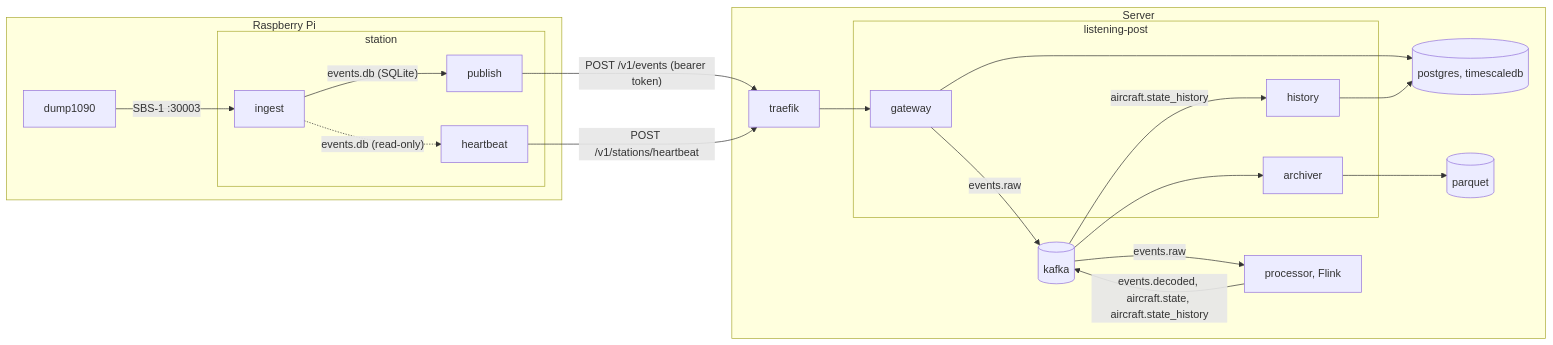
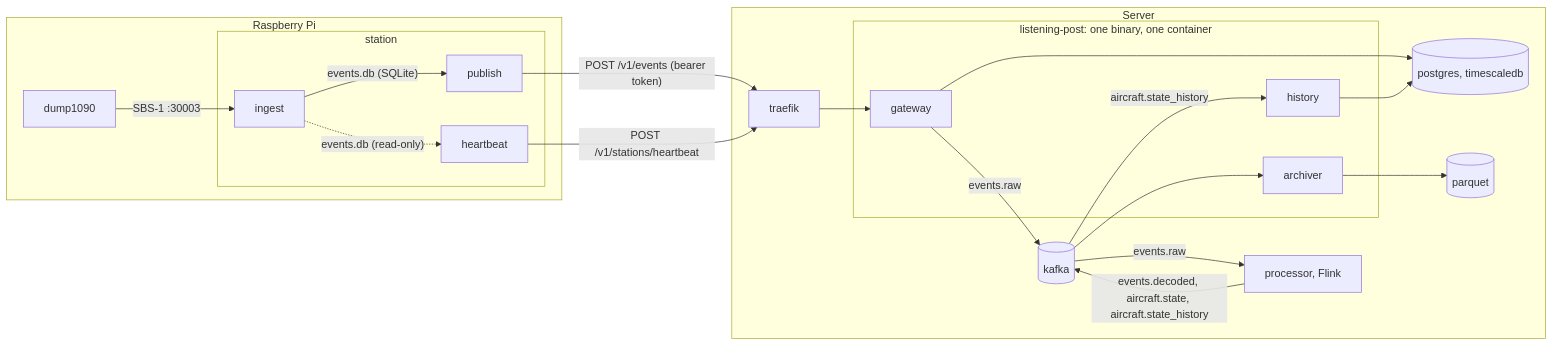
One commit to matthew-vance/listening-post changed the diagram in README.md. Above: the diagram before and after it, drawn with Mermaid. The commit also changed other lines of this file and 4 other files, not shown here.

````diff
--- a/README.md
+++ b/README.md
@@ -7,28 +7,28 @@
 ```mermaid
 flowchart LR
     subgraph pi [Raspberry Pi]
         subgraph station
             ingest
             publish
             heartbeat
         end
         dump1090 -- "SBS-1 :30003" --> ingest
         ingest -- "events.db (SQLite)" --> publish
         ingest -. "events.db (read-only)" .-> heartbeat
     end
     subgraph server [Server]
-        subgraph binary [listening-post]
+        subgraph services [listening-post: one binary, one container]
             gateway
             archiver
             history
         end
         traefik --> gateway
         gateway --> postgres[(postgres, timescaledb)]
         gateway -- "events.raw" --> kafka[(kafka)]
         kafka --> archiver --> archive[(parquet)]
         kafka -- "events.raw" --> processor[processor, Flink] -- "events.decoded, aircraft.state, aircraft.state_history" --> kafka
         kafka -- "aircraft.state_history" --> history --> postgres
     end
     publish -- "POST /v1/events (bearer token)" --> traefik
     heartbeat -- "POST /v1/stations/heartbeat" --> traefik
 ```
````
